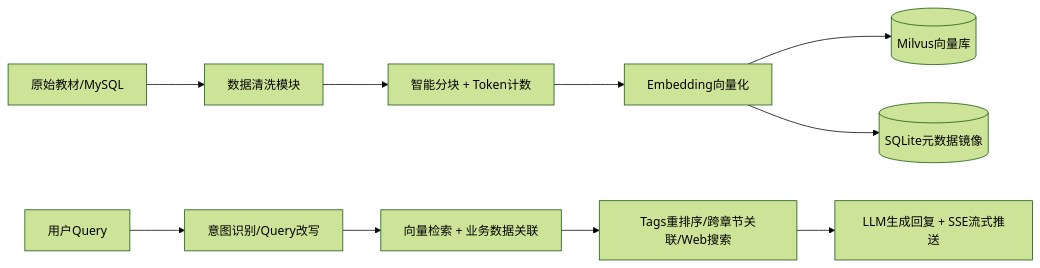
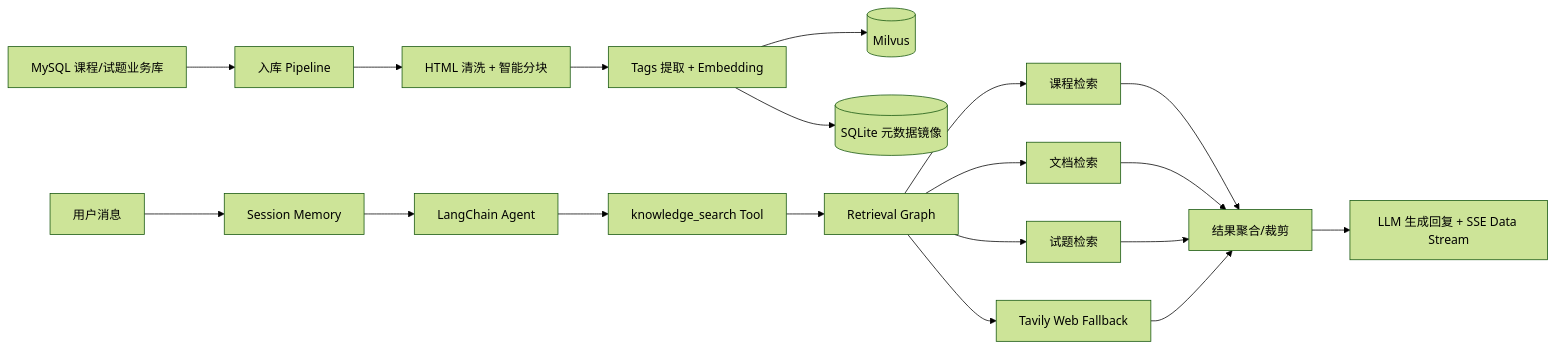
Before and after one commit to skyzfdance/rag-agent: the diagram in README.md, drawn with Mermaid (forest theme). The commit also changed other lines of this file, not shown here.

Commit message:
docs: refresh README for current architecture

````diff
--- a/README.md
+++ b/README.md
@@ -25,12 +33,21 @@
 ```mermaid
 graph LR
-    A[原始教材/MySQL] --> B[数据清洗模块]
-    B --> C[智能分块 + Token计数]
-    C --> D[Embedding向量化]
-    D --> E[(Milvus向量库)]
-    D --> F[(SQLite元数据镜像)]
-    G[用户Query] --> H[意图识别/Query改写]
-    H --> I[向量检索 + 业务数据关联]
-    I --> J[Tags重排序/跨章节关联/Web搜索]
-    J --> K[LLM生成回复 + SSE流式推送]
+    A[MySQL 课程/试题业务库] --> B[入库 Pipeline]
+    B --> C[HTML 清洗 + 智能分块]
+    C --> D[Tags 提取 + Embedding]
+    D --> E[(Milvus)]
+    D --> F[(SQLite 元数据镜像)]
+    G[用户消息] --> H[Session Memory]
+    H --> I[LangChain Agent]
+    I --> J[knowledge_search Tool]
+    J --> K[Retrieval Graph]
+    K --> L[课程检索]
+    K --> M[文档检索]
+    K --> N[试题检索]
+    K --> O[Tavily Web Fallback]
+    L --> P[结果聚合/裁剪]
+    M --> P
+    N --> P
+    O --> P
+    P --> Q[LLM 生成回复 + SSE Data Stream]
 ```
````
